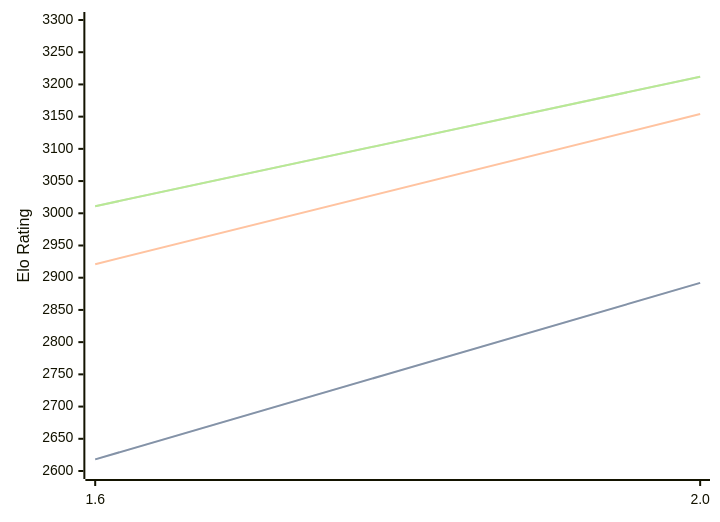
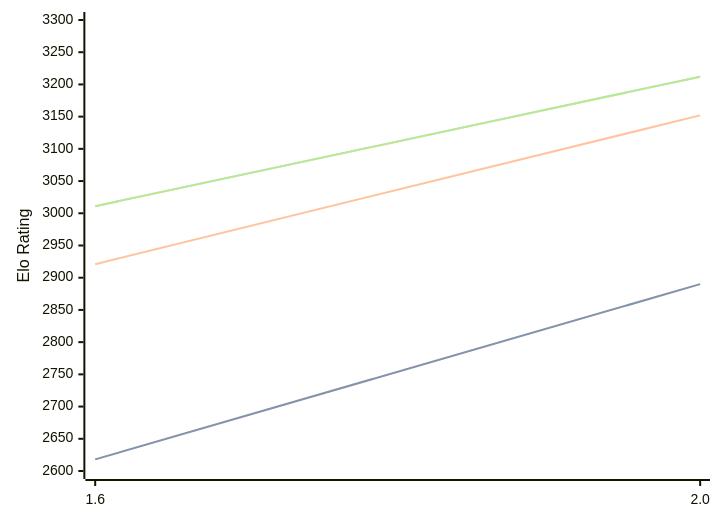
The diagram in engines/Onyx.md (computer-chess-index/cci), drawn with Mermaid before and after one commit. The commit also changed other lines of this file, not shown here.

````diff
--- a/engines/Onyx.md
+++ b/engines/Onyx.md
@@ -32,11 +32,11 @@
 ```mermaid
 %%{init: {"theme":"base","themeVariables":{"seriesColors:['#a3a3a3','#222221','#faa371']}}}%%
 xychart-beta
   x-axis ["1.6", "2.0"]
   y-axis "Elo Rating" 2600 --> 3300
-  line "STC (8.0+0.08s)" [2618, 2892]
-  line "STC (8.0+0.08s)" [2618, 2892]
-  line "LTC (60.0+0.60s)" [2921, 3154]
+  line "STC (8.0+0.08s)" [2618, 2890]
+  line "STC (8.0+0.08s)" [2618, 2890]
+  line "LTC (60.0+0.60s)" [2921, 3152]
   line "VLTC (2m24s+1.12s)" [3011, 3212]
   line "VLTC (2m24s+1.12s)" [3011, 3212]
 ```
````
